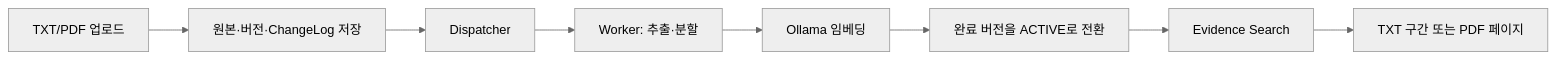
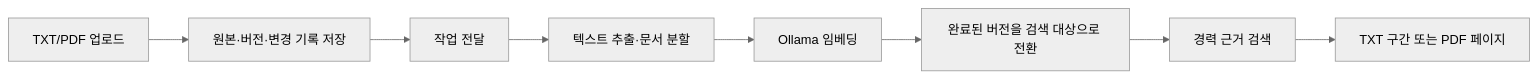
One commit to jaemin-devlog/PRIZM changed the diagram in README.md. Above: the diagram before and after it, drawn with Mermaid (neutral theme). The commit also changed other lines of this file and 10 other files, not shown here.

````diff
--- a/README.md
+++ b/README.md
@@ -27,10 +27,10 @@
 ```mermaid
 flowchart LR
-    A[TXT/PDF 업로드] --> B[원본·버전·ChangeLog 저장]
-    B --> C[Dispatcher]
-    C --> D[Worker: 추출·분할]
+    A[TXT/PDF 업로드] --> B[원본·버전·변경 기록 저장]
+    B --> C[작업 전달]
+    C --> D[텍스트 추출·문서 분할]
     D --> E[Ollama 임베딩]
-    E --> F[완료 버전을 ACTIVE로 전환]
-    F --> G[Evidence Search]
+    E --> F[완료된 버전을 검색 대상으로 전환]
+    F --> G[경력 근거 검색]
     G --> H[TXT 구간 또는 PDF 페이지]
 ```
````
